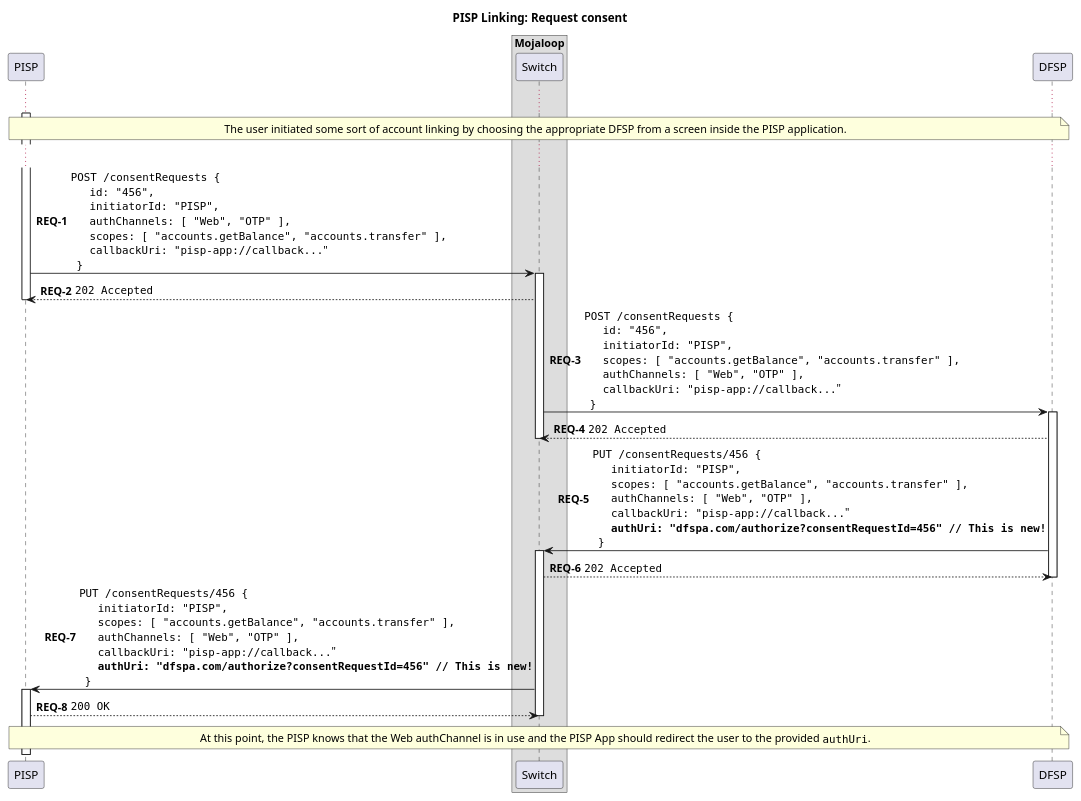
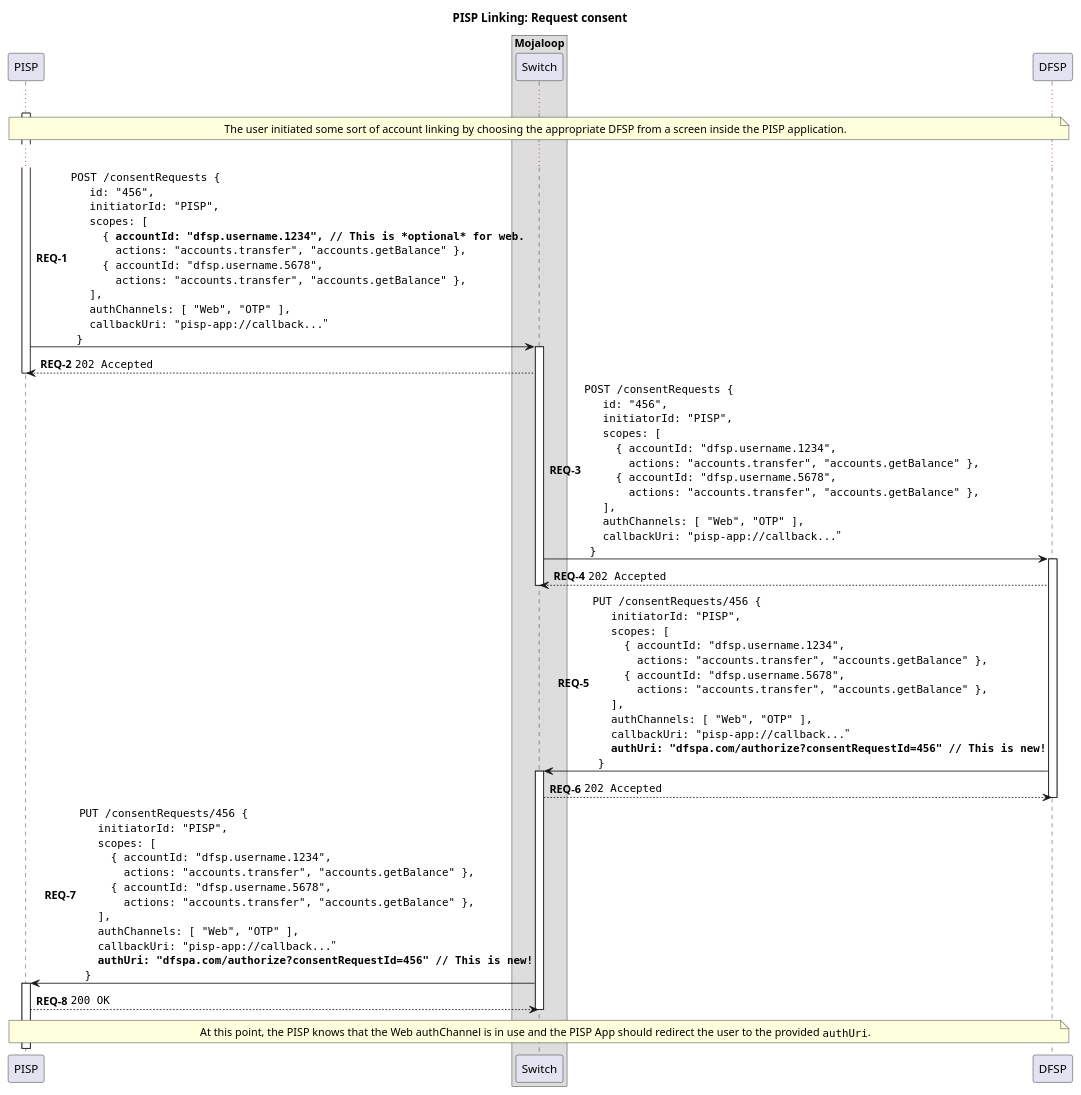
Before and after one commit to mojaloop/pisp-project: the diagram in docs/linking/2-request-consent-web.puml, drawn with PlantUML. The commit also changed 6 other files, not shown here.

Commit message:
Updated sequence diagrams with proper scope structures.

```diff
--- a/docs/linking/2-request-consent-web.puml
+++ b/docs/linking/2-request-consent-web.puml
@@ -1,70 +1,90 @@
 @startuml
 
 title PISP Linking: Request consent
 
 participant "PISP" as PISP
 
 box "Mojaloop"
     participant Switch
 end box
 
 participant DFSP
 
 autonumber 1 "<b>REQ-#</b>"
 
 activate PISP
 
 ...
 
 note over PISP, DFSP
     The user initiated some sort of account linking by choosing the appropriate DFSP from a screen inside the PISP application.
 end note
 
 ...
 
 PISP -> Switch ++: ""POST /consentRequests {""\n\
   ""  id: "456",""\n\
   ""  initiatorId: "PISP",""\n\
+  ""  scopes: [ ""\n\
+  ""    { **accountId: "dfsp.username.1234", // This is *optional* for web.**""\n\
+  ""      actions: "accounts.transfer", "accounts.getBalance" },""\n\
+  ""    { accountId: "dfsp.username.5678",""\n\
+  ""      actions: "accounts.transfer", "accounts.getBalance" },""\n\
+  ""  ],""\n\
   ""  authChannels: [ "Web", "OTP" ],""\n\
-  ""  scopes: [ "accounts.getBalance", "accounts.transfer" ],""\n\
   ""  callbackUri: "pisp-app://callback..."""\n\
   ""}""
 Switch --> PISP: ""202 Accepted""
 deactivate PISP
 
 Switch -> DFSP ++:  ""POST /consentRequests {""\n\
   ""  id: "456",""\n\
   ""  initiatorId: "PISP",""\n\
-  ""  scopes: [ "accounts.getBalance", "accounts.transfer" ],""\n\
+  ""  scopes: [ ""\n\
+  ""    { accountId: "dfsp.username.1234",""\n\
+  ""      actions: "accounts.transfer", "accounts.getBalance" },""\n\
+  ""    { accountId: "dfsp.username.5678",""\n\
+  ""      actions: "accounts.transfer", "accounts.getBalance" },""\n\
+  ""  ],""\n\
   ""  authChannels: [ "Web", "OTP" ],""\n\
   ""  callbackUri: "pisp-app://callback..."""\n\
   ""}""
 DFSP --> Switch: ""202 Accepted""
 deactivate Switch
 
 DFSP -> Switch ++: ""PUT /consentRequests/456 {""\n\
   ""  initiatorId: "PISP",""\n\
-  ""  scopes: [ "accounts.getBalance", "accounts.transfer" ],""\n\
+  ""  scopes: [ ""\n\
+  ""    { accountId: "dfsp.username.1234",""\n\
+  ""      actions: "accounts.transfer", "accounts.getBalance" },""\n\
+  ""    { accountId: "dfsp.username.5678",""\n\
+  ""      actions: "accounts.transfer", "accounts.getBalance" },""\n\
+  ""  ],""\n\
   ""  authChannels: [ "Web", "OTP" ],""\n\
   ""  callbackUri: "pisp-app://callback..."""\n\
   ""  **authUri: "dfspa.com/authorize?consentRequestId=456" // This is new!**""\n\
   ""}""
 ' TODO: Should this be 200 OK? or 202 Accepted?
 Switch --> DFSP: ""202 Accepted""
 deactivate DFSP
 
 Switch -> PISP ++: ""PUT /consentRequests/456 {""\n\
   ""  initiatorId: "PISP",""\n\
-  ""  scopes: [ "accounts.getBalance", "accounts.transfer" ],""\n\
+  ""  scopes: [ ""\n\
+  ""    { accountId: "dfsp.username.1234",""\n\
+  ""      actions: "accounts.transfer", "accounts.getBalance" },""\n\
+  ""    { accountId: "dfsp.username.5678",""\n\
+  ""      actions: "accounts.transfer", "accounts.getBalance" },""\n\
+  ""  ],""\n\
   ""  authChannels: [ "Web", "OTP" ],""\n\
   ""  callbackUri: "pisp-app://callback..."""\n\
   ""  **authUri: "dfspa.com/authorize?consentRequestId=456" // This is new!**""\n\
   ""}""
 PISP --> Switch: ""200 OK""
 deactivate Switch
 
 note over PISP, DFSP
   At this point, the PISP knows that the Web authChannel is in use and the PISP App should redirect the user to the provided ""authUri"".
 end note
 
 @enduml
```
